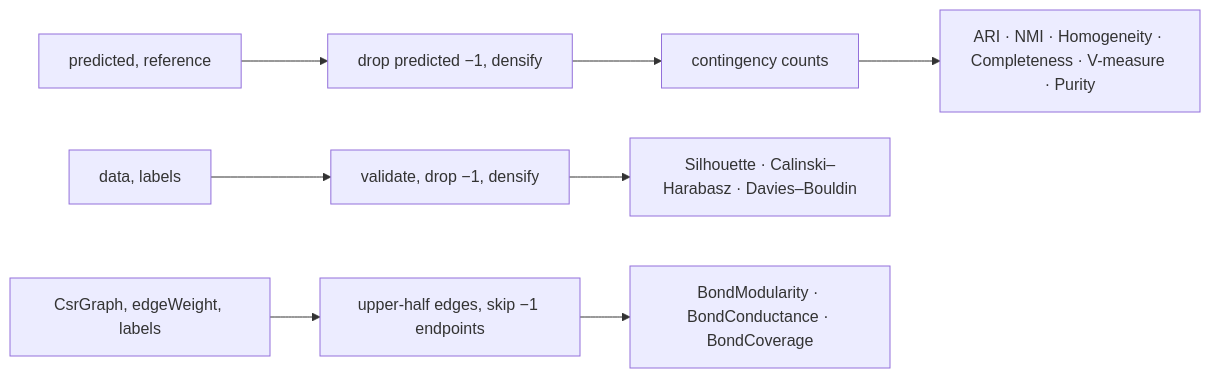
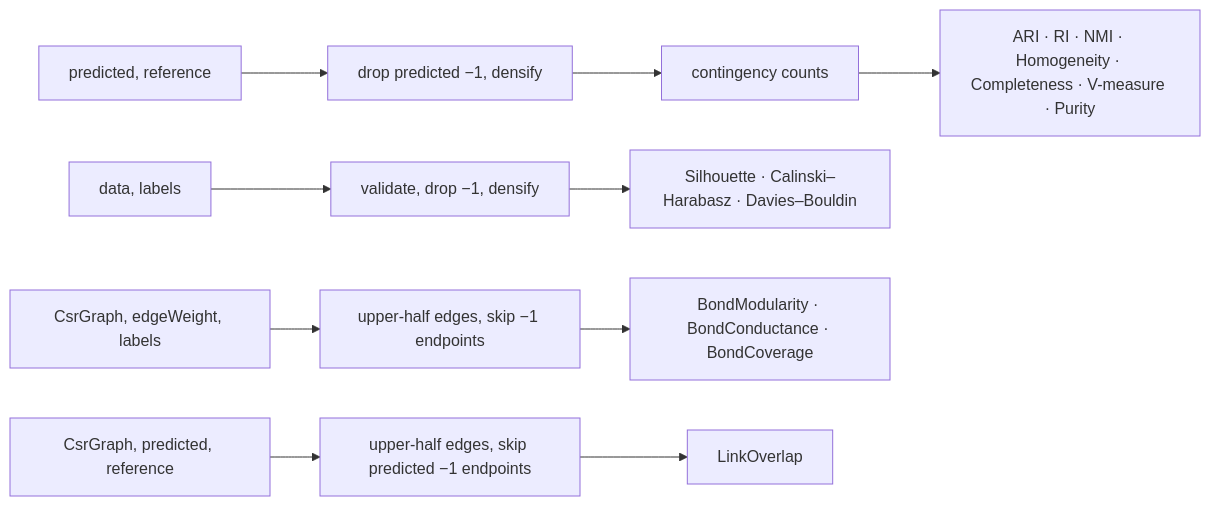
Before and after one commit to aghado01/ThermoMapper: the diagram in docs/Clustering/ClusterEvaluation.md, drawn with Mermaid. The commit also changed other lines of this file and 6 other files, not shown here.

First line of the commit message:
feat(evaluation): Rand index and graph-restricted link overlap

````diff
--- a/docs/Clustering/ClusterEvaluation.md
+++ b/docs/Clustering/ClusterEvaluation.md
@@ -26,6 +27,7 @@
 ```mermaid
 flowchart LR
-  E1["predicted, reference"] --> E2["drop predicted −1, densify"] --> E3["contingency counts"] --> E4["ARI · NMI · Homogeneity · Completeness · V-measure · Purity"]
+  E1["predicted, reference"] --> E2["drop predicted −1, densify"] --> E3["contingency counts"] --> E4["ARI · RI · NMI · Homogeneity · Completeness · V-measure · Purity"]
   I1["data, labels"] --> I2["validate, drop −1, densify"] --> I3["Silhouette · Calinski–Harabasz · Davies–Bouldin"]
   G1["CsrGraph, edgeWeight, labels"] --> G2["upper-half edges, skip −1 endpoints"] --> G3["BondModularity · BondConductance · BondCoverage"]
+  X1["CsrGraph, predicted, reference"] --> X2["upper-half edges, skip predicted −1 endpoints"] --> X3["LinkOverlap"]
 ```
````
